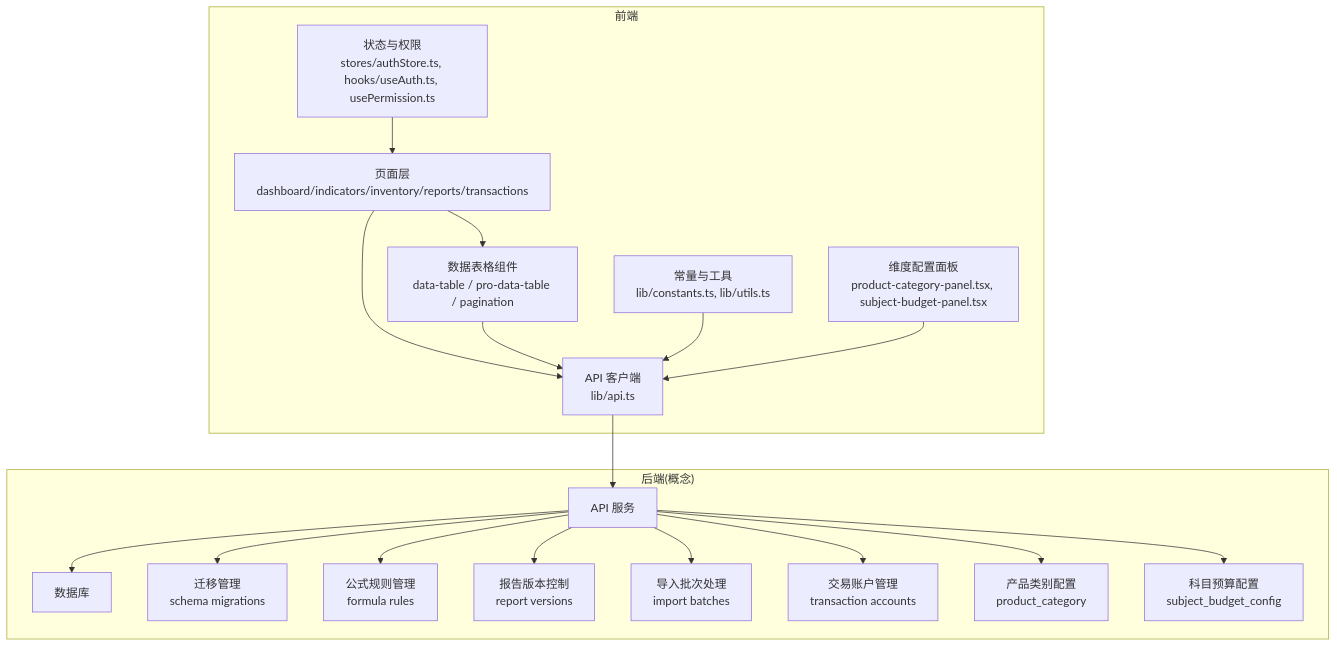
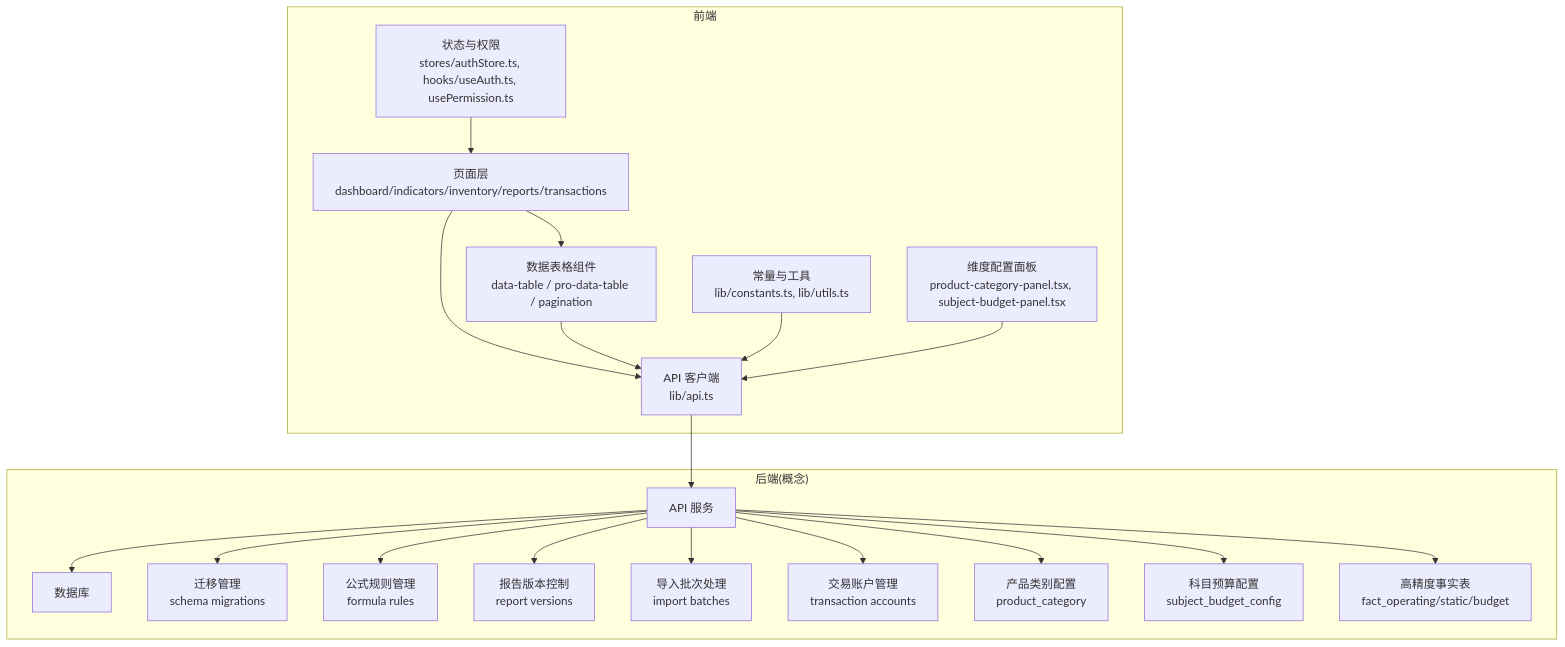
One commit to Damao997/newproject changed the first of 11 diagrams in .qoder/repowiki/zh/content/架构设计/数据库架构设计.md. Above: the diagram before and after it, drawn with Mermaid. The commit also changed other lines of this file and 5 other files, not shown here.

````diff
--- a/.qoder/repowiki/zh/content/架构设计/数据库架构设计.md
+++ b/.qoder/repowiki/zh/content/架构设计/数据库架构设计.md
@@ -55,37 +57,39 @@
 ```mermaid
 graph TB
 subgraph "前端"
 A["页面层<br/>dashboard/indicators/inventory/reports/transactions"]
 B["数据表格组件<br/>data-table / pro-data-table / pagination"]
 C["API 客户端<br/>lib/api.ts"]
 D["状态与权限<br/>stores/authStore.ts, hooks/useAuth.ts, usePermission.ts"]
 E["常量与工具<br/>lib/constants.ts, lib/utils.ts"]
 F["维度配置面板<br/>product-category-panel.tsx, subject-budget-panel.tsx"]
 end
 subgraph "后端(概念)"
 G["API 服务"]
 H["数据库"]
 I["迁移管理<br/>schema migrations"]
 J["公式规则管理<br/>formula rules"]
 K["报告版本控制<br/>report versions"]
 L["导入批次处理<br/>import batches"]
 M["交易账户管理<br/>transaction accounts"]
 N["产品类别配置<br/>product_category"]
 O["科目预算配置<br/>subject_budget_config"]
+P["高精度事实表<br/>fact_operating/static/budget"]
 end
 A --> B
 A --> C
 B --> C
 C --> G
 G --> H
 G --> I
 G --> J
 G --> K
 G --> L
 G --> M
 G --> N
 G --> O
+G --> P
 D --> A
 E --> C
 F --> C
 ```
````
